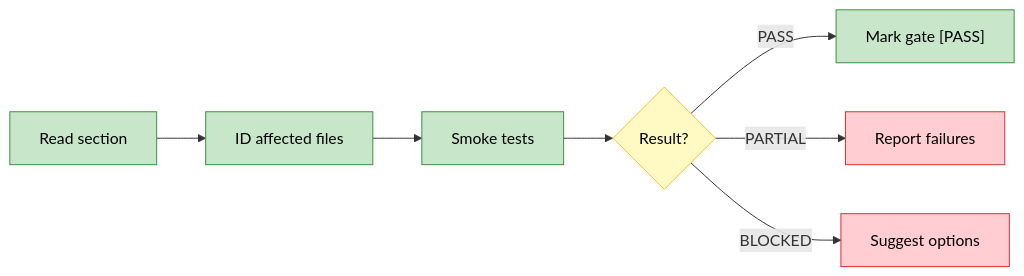
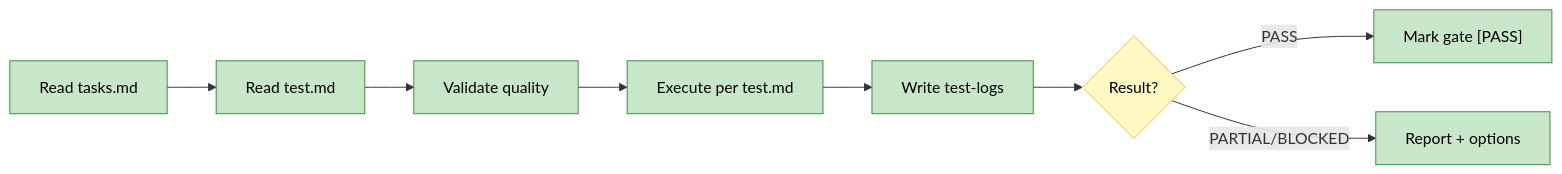
The second of 2 diagrams in dstoic/skills/openspec-test/SKILL.md (digital-stoic-org/agent-skills), drawn with Mermaid before and after one commit. The commit also changed other lines of this file and 12 other files, not shown here.

First line of the commit message:
feat(skills): Add transparent checkpoint with test.md and test-logs/

````diff
--- a/dstoic/skills/openspec-test/SKILL.md
+++ b/dstoic/skills/openspec-test/SKILL.md
@@ -135,16 +52,16 @@
 ```mermaid
 flowchart LR
-    A["Read section"] --> B["ID affected files"]
-    B --> C["Smoke tests"]
-    C --> D{"Result?"}
-    D -->|PASS| E["Mark gate [PASS]"]
-    D -->|PARTIAL| F["Report failures"]
-    D -->|BLOCKED| G["Suggest options"]
+    A["Read tasks.md"] --> B["Read test.md"]
+    B --> C["Validate quality"]
+    C --> D["Execute per test.md"]
+    D --> E["Write test-logs"]
+    E --> F{"Result?"}
+    F -->|PASS| G["Mark gate [PASS]"]
+    F -->|PARTIAL/BLOCKED| H["Report + options"]
 
     classDef action fill:#C8E6C9,stroke:#388E3C,color:#000
     classDef decision fill:#FFF9C4,stroke:#FBC02D,color:#000
-    classDef fail fill:#FFCDD2,stroke:#D32F2F,color:#000
-    class A,B,C,E action
-    class D decision
-    class F,G fail
+    class A,B,C,D,E,G action
+    class F decision
+    class H action
 ```
````
